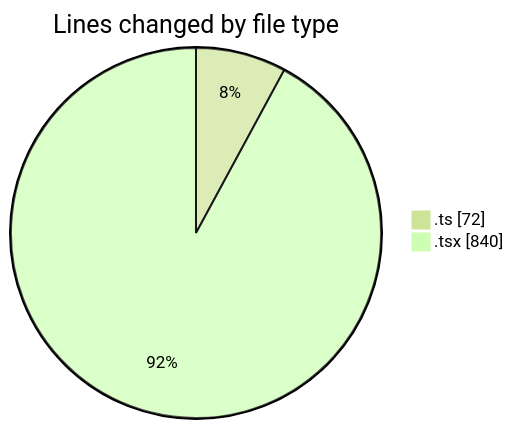
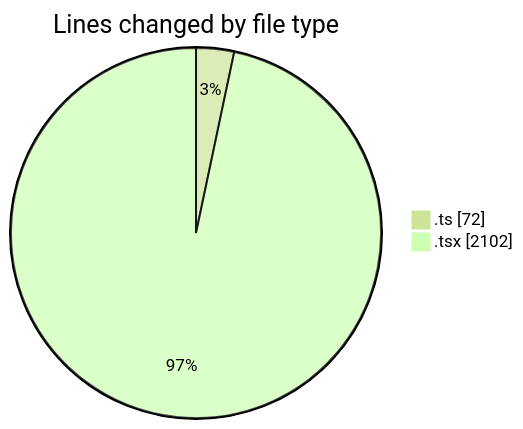
Before and after one commit to momahboobian/code-tracking: the first of 2 diagrams in 2025-09-25/cda/README.md, drawn with Mermaid (forest theme). The commit also changed other lines of this file and 1 other file, not shown here.

````diff
--- a/2025-09-25/cda/README.md
+++ b/2025-09-25/cda/README.md
@@ -28,6 +29,6 @@
 ```mermaid
 pie showData
 title Lines changed by file type
 ".ts" : 72
-".tsx" : 840
+".tsx" : 2102
 ```
````
